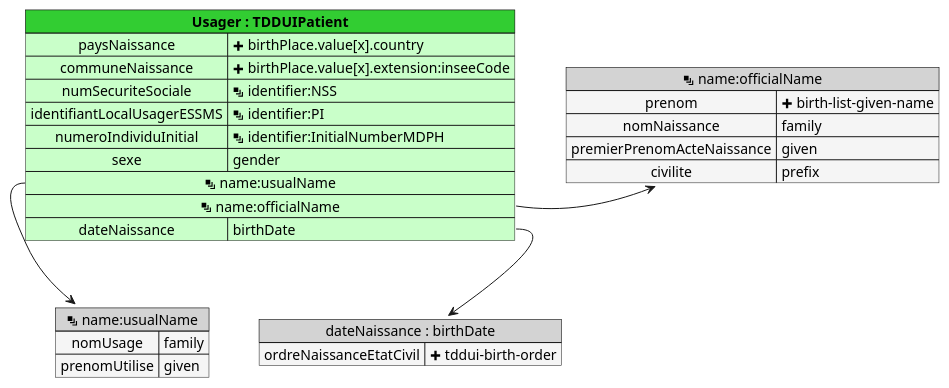
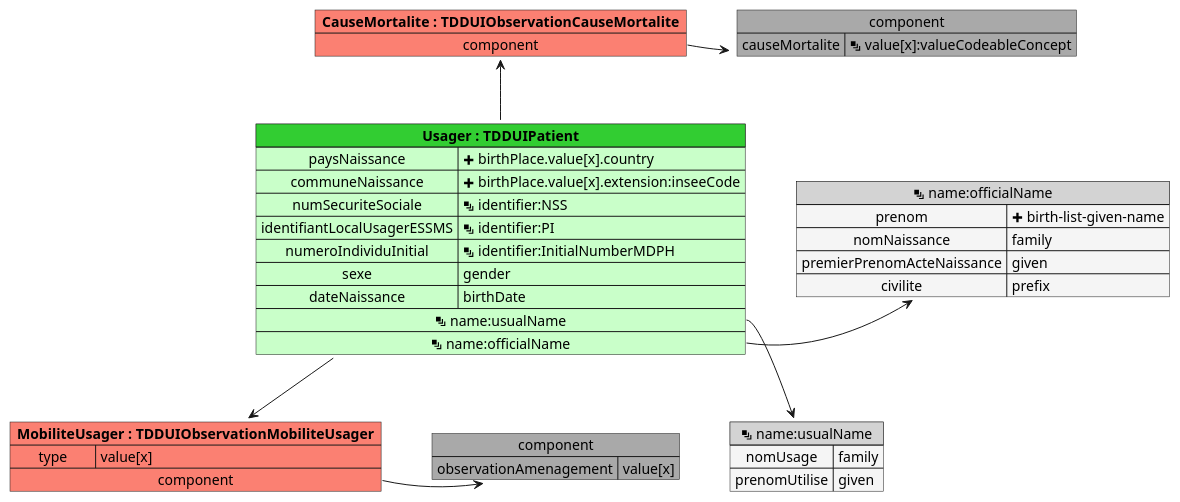
One commit to ansforge/IG-fhir-medicosocial-transfert-donnees-dui changed the diagram in input/images-source/mapping_TDDUIPatient.plantuml. Above: the diagram before and after it, drawn with PlantUML. The commit also changed 19 other files, not shown here.

```diff
--- a/input/images-source/mapping_TDDUIPatient.plantuml
+++ b/input/images-source/mapping_TDDUIPatient.plantuml
@@ -1,33 +1,48 @@
 @startuml
 
 map "<&layers> name:usualName" as nameusualName #back:WhiteSmoke;header:LightGray {
     nomUsage => family
     prenomUtilise => given
 }
 
 map "<&layers> name:officialName" as nameofficialName #back:WhiteSmoke;header:LightGray {
     prenom => <&plus> birth-list-given-name
     nomNaissance => family
     premierPrenomActeNaissance => given
     civilite => prefix
 }
 
-map "dateNaissance : birthDate" as dateNaissance #back:WhiteSmoke;header:LightGray {
-    ordreNaissanceEtatCivil => <&plus> tddui-birth-order
-}
-
 map "**Usager : TDDUIPatient**" as Usager #back:TECHNOLOGY;header:LimeGreen {
     paysNaissance => <&plus> birthPlace.value[x].country
     communeNaissance => <&plus> birthPlace.value[x].extension:inseeCode
     numSecuriteSociale => <&layers> identifier:NSS
     identifiantLocalUsagerESSMS => <&layers> identifier:PI
     numeroIndividuInitial => <&layers> identifier:InitialNumberMDPH
     sexe => gender
+    dateNaissance => birthDate
     <&layers> name:usualName *--> nameusualName
     <&layers> name:officialName *-> nameofficialName
-    dateNaissance => birthDate
 }
 
-Usager::dateNaissance --> dateNaissance
+map "component" as component #DarkGray {
+    causeMortalite => <&layers> value[x]:valueCodeableConcept
+}
+
+map "**CauseMortalite : TDDUIObservationCauseMortalite**" as CauseMortalite #fb8072 {
+    component *-> component
+}
+
+map "component" as componentMobilite #DarkGray {
+    observationAmenagement => value[x]
+}
+
+map "**MobiliteUsager : TDDUIObservationMobiliteUsager**" as MobiliteUsager #fb8072 {
+    type => value[x]
+    component *-> componentMobilite
+}
+
+Usager -u-> CauseMortalite
+Usager --> MobiliteUsager
+
 
 @enduml
```
